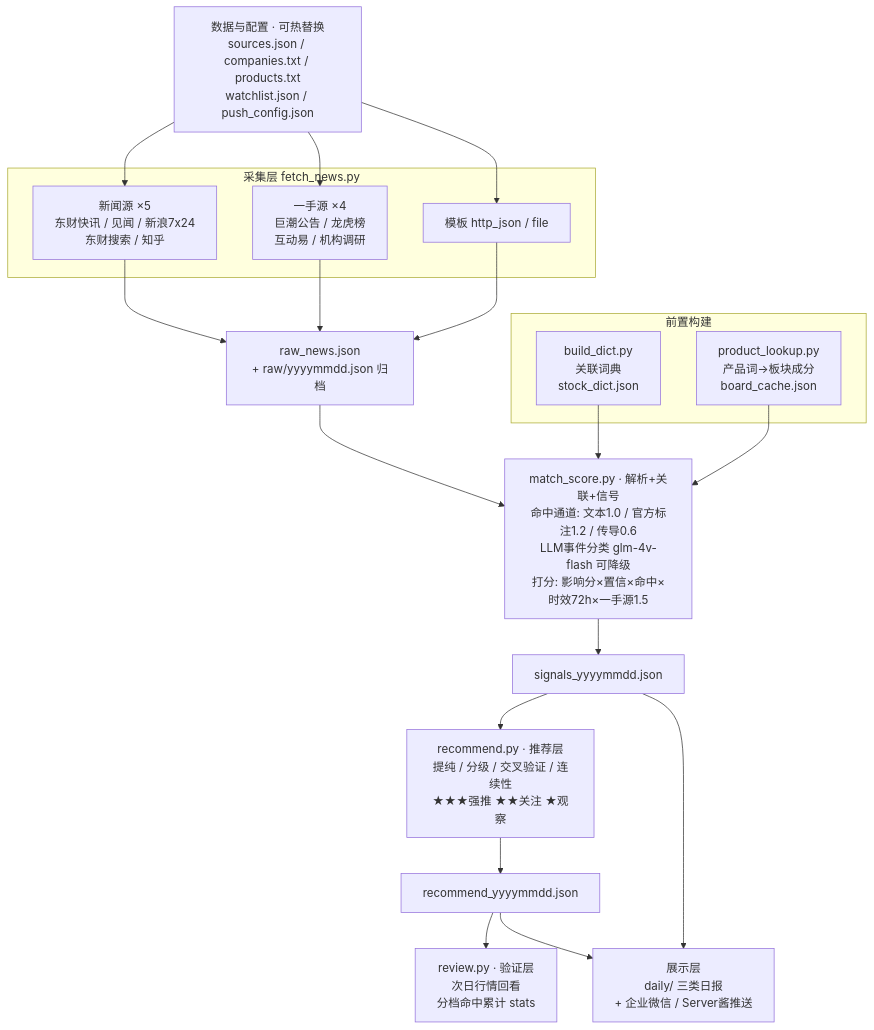
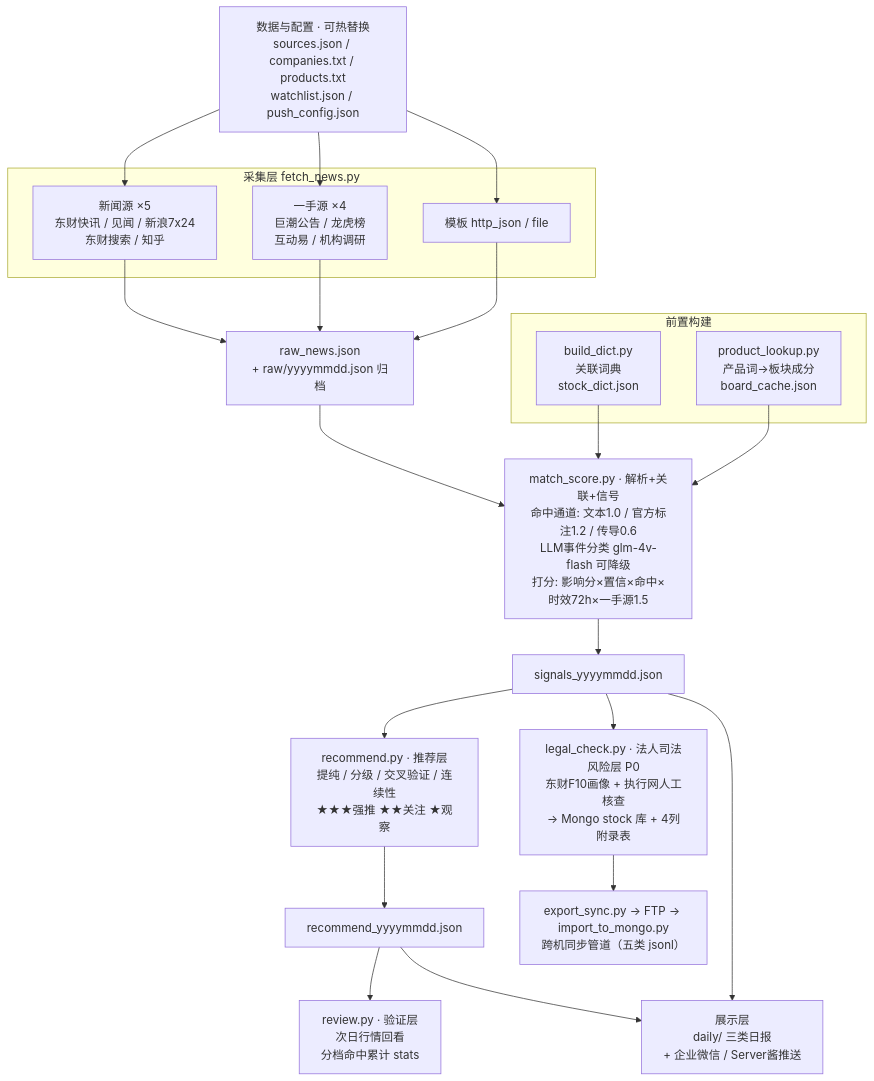
Before and after one commit to yinyu00/deepseek-workspace: the diagram in stock-news-finder/方案/概要设计.md, drawn with Mermaid. The commit also changed other lines of this file and 1 other file, not shown here.

````diff
--- a/stock-news-finder/方案/概要设计.md
+++ b/stock-news-finder/方案/概要设计.md
@@ -9,31 +10,34 @@
 ```mermaid
 flowchart TD
     CFG[数据与配置 · 可热替换<br/>sources.json / companies.txt / products.txt<br/>watchlist.json / push_config.json]
 
     subgraph 前置构建
         B1[build_dict.py<br/>关联词典<br/>stock_dict.json]
         B2[product_lookup.py<br/>产品词→板块成分<br/>board_cache.json]
     end
 
     subgraph 采集层 fetch_news.py
         F1[新闻源 ×5<br/>东财快讯 / 见闻 / 新浪7x24<br/>东财搜索 / 知乎]
         F2[一手源 ×4<br/>巨潮公告 / 龙虎榜<br/>互动易 / 机构调研]
         F3[模板 http_json / file]
     end
 
     CFG --> F1 & F2 & F3
     F1 & F2 & F3 --> RAW[raw_news.json<br/>+ raw/yyyymmdd.json 归档]
 
     MS[match_score.py · 解析+关联+信号<br/>命中通道: 文本1.0 / 官方标注1.2 / 传导0.6<br/>LLM事件分类 glm-4v-flash 可降级<br/>打分: 影响分×置信×命中×时效72h×一手源1.5]
     RAW --> MS
     B1 --> MS
     B2 --> MS
 
     MS --> SIG[signals_yyyymmdd.json]
     SIG --> REC[recommend.py · 推荐层<br/>提纯 / 分级 / 交叉验证 / 连续性<br/>★★★强推 ★★关注 ★观察]
     REC --> RJ[recommend_yyyymmdd.json]
 
     RJ --> REV[review.py · 验证层<br/>次日行情回看<br/>分档命中累计 stats]
     RJ --> SHOW[展示层<br/>daily/ 三类日报<br/>+ 企业微信 / Server酱推送]
     SIG --> SHOW
+
+    SIG --> LEG[legal_check.py · 法人司法风险层 P0<br/>东财F10画像 + 执行网人工核查<br/>→ Mongo stock 库 + 4列附录表]
+    LEG --> SYNC2[export_sync.py → FTP → import_to_mongo.py<br/>跨机同步管道（五类 jsonl）]
 ```
````
